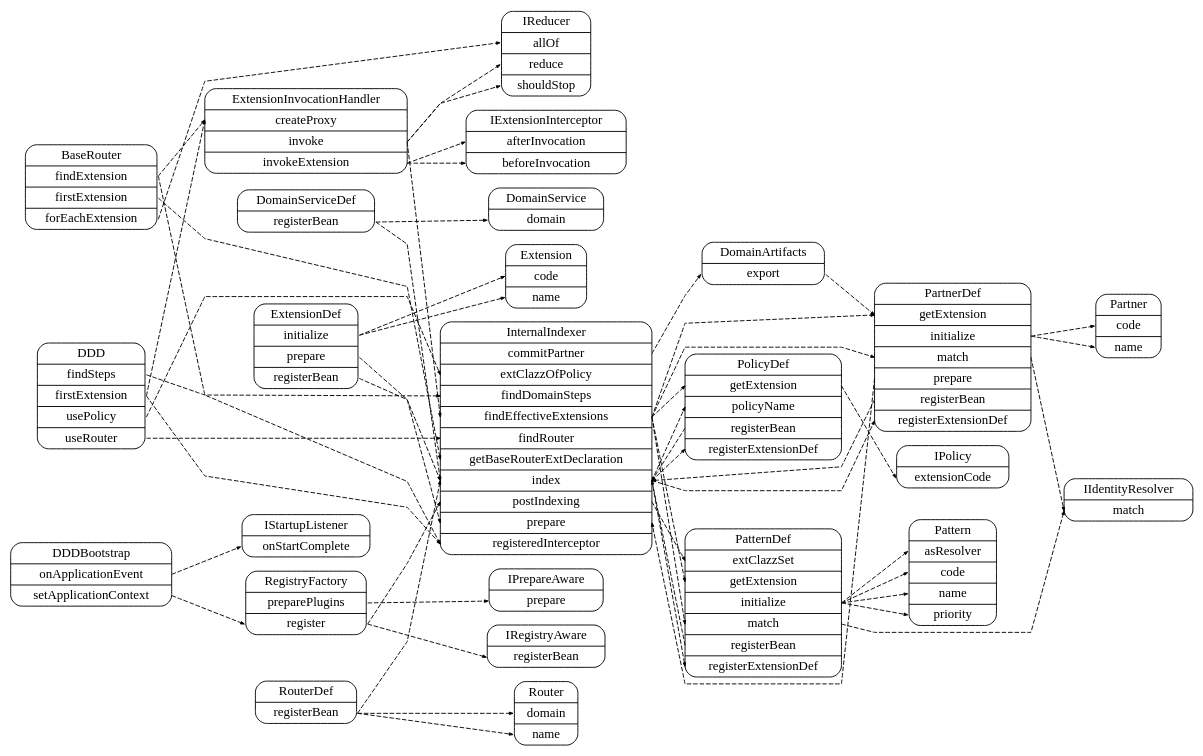
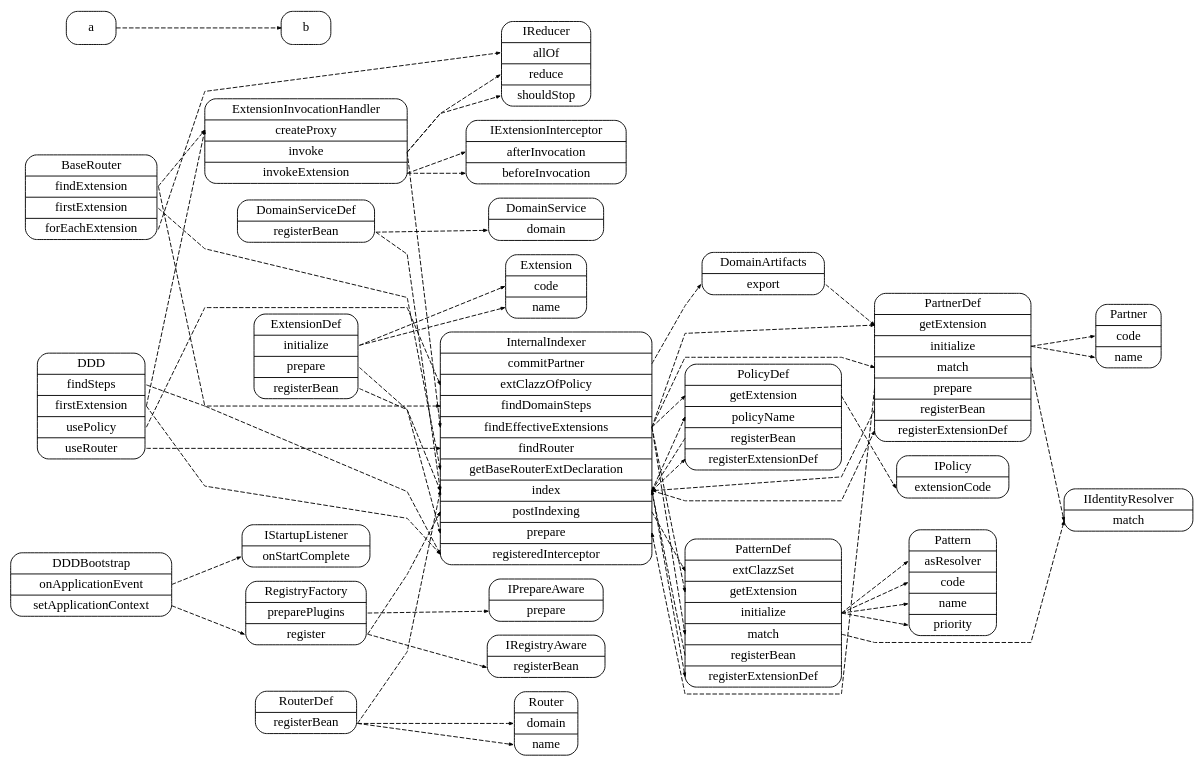
Before and after one commit to funkygao/cp-ddd-framework: the diagram in doc/dddplus-runtime.dot, drawn with Graphviz. The commit also changed 2 other files, not shown here.

```diff
--- a/doc/dddplus-runtime.dot
+++ b/doc/dddplus-runtime.dot
@@ -1,113 +1,89 @@
 digraph G {
    labelloc = "t";
    rankdir=LR;
    splines = polyline;
    node [shape=Mrecord];
    nodesep=0.2;
    edge [style = dashed, arrowsize=0.4, fontsize=6];
 
-   "DomainService" [label="<DomainService> DomainService|<domain> domain"
-];
-   "Extension" [label="<Extension> Extension|<code> code|<name> name"
-];
-   "Partner" [label="<Partner> Partner|<code> code|<name> name"
-];
-   "Pattern" [label="<Pattern> Pattern|<asResolver> asResolver|<code> code|<name> name|<priority> priority"
-];
-   "Router" [label="<Router> Router|<domain> domain|<name> name"
-];
-   "IIdentityResolver" [label="<IIdentityResolver> IIdentityResolver|<match> match"
-];
-   "IPolicy" [label="<IPolicy> IPolicy|<extensionCode> extensionCode"
-];
-   "BaseRouter" [label="<BaseRouter> BaseRouter|<findExtension> findExtension|<firstExtension> firstExtension|<forEachExtension> forEachExtension"
-];
-   "DDD" [label="<DDD> DDD|<findSteps> findSteps|<firstExtension> firstExtension|<usePolicy> usePolicy|<useRouter> useRouter"
-];
-   "ExtensionInvocationHandler" [label="<ExtensionInvocationHandler> ExtensionInvocationHandler|<createProxy> createProxy|<invoke> invoke|<invokeExtension> invokeExtension"
-];
-   "IReducer" [label="<IReducer> IReducer|<allOf> allOf|<reduce> reduce|<shouldStop> shouldStop"
-];
-   "IStartupListener" [label="<IStartupListener> IStartupListener|<onStartComplete> onStartComplete"
-];
-   "IExtensionInterceptor" [label="<IExtensionInterceptor> IExtensionInterceptor|<afterInvocation> afterInvocation|<beforeInvocation> beforeInvocation"
-];
-   "DDDBootstrap" [label="<DDDBootstrap> DDDBootstrap|<onApplicationEvent> onApplicationEvent|<setApplicationContext> setApplicationContext"
-];
-   "DomainArtifacts" [label="<DomainArtifacts> DomainArtifacts|<export> export"
-];
-   "DomainServiceDef" [label="<DomainServiceDef> DomainServiceDef|<registerBean> registerBean"
-];
-   "ExtensionDef" [label="<ExtensionDef> ExtensionDef|<initialize> initialize|<prepare> prepare|<registerBean> registerBean"
-];
-   "IPrepareAware" [label="<IPrepareAware> IPrepareAware|<prepare> prepare"
-];
-   "IRegistryAware" [label="<IRegistryAware> IRegistryAware|<registerBean> registerBean"
-];
-   "InternalIndexer" [label="<InternalIndexer> InternalIndexer|<commitPartner> commitPartner|<extClazzOfPolicy> extClazzOfPolicy|<findDomainSteps> findDomainSteps|<findEffectiveExtensions> findEffectiveExtensions|<findRouter> findRouter|<getBaseRouterExtDeclaration> getBaseRouterExtDeclaration|<index> index|<postIndexing> postIndexing|<prepare> prepare|<registeredInterceptor> registeredInterceptor"
-];
-   "PartnerDef" [label="<PartnerDef> PartnerDef|<getExtension> getExtension|<initialize> initialize|<match> match|<prepare> prepare|<registerBean> registerBean|<registerExtensionDef> registerExtensionDef"
-];
-   "PatternDef" [label="<PatternDef> PatternDef|<extClazzSet> extClazzSet|<getExtension> getExtension|<initialize> initialize|<match> match|<registerBean> registerBean|<registerExtensionDef> registerExtensionDef"
-];
-   "PolicyDef" [label="<PolicyDef> PolicyDef|<getExtension> getExtension|<policyName> policyName|<registerBean> registerBean|<registerExtensionDef> registerExtensionDef"
-];
-   "RegistryFactory" [label="<RegistryFactory> RegistryFactory|<preparePlugins> preparePlugins|<register> register"
-];
-   "RouterDef" [label="<RouterDef> RouterDef|<registerBean> registerBean"
-];
+   "DomainService" [label="<DomainService> DomainService|<domain> domain"];
+   "Extension" [label="<Extension> Extension|<code> code|<name> name"];
+   "Partner" [label="<Partner> Partner|<code> code|<name> name"];
+   "Pattern" [label="<Pattern> Pattern|<asResolver> asResolver|<code> code|<name> name|<priority> priority"];
+   "Router" [label="<Router> Router|<domain> domain|<name> name"];
+   "IIdentityResolver" [label="<IIdentityResolver> IIdentityResolver|<match> match"];
+   "IPolicy" [label="<IPolicy> IPolicy|<extensionCode> extensionCode"];
+   "BaseRouter" [label="<BaseRouter> BaseRouter|<findExtension> findExtension|<firstExtension> firstExtension|<forEachExtension> forEachExtension"];
+   "DDD" [label="<DDD> DDD|<findSteps> findSteps|<firstExtension> firstExtension|<usePolicy> usePolicy|<useRouter> useRouter"];
+   "ExtensionInvocationHandler" [label="<ExtensionInvocationHandler> ExtensionInvocationHandler|<createProxy> createProxy|<invoke> invoke|<invokeExtension> invokeExtension"];
+   "IReducer" [label="<IReducer> IReducer|<allOf> allOf|<reduce> reduce|<shouldStop> shouldStop"];
+   "IStartupListener" [label="<IStartupListener> IStartupListener|<onStartComplete> onStartComplete"];
+   "IExtensionInterceptor" [label="<IExtensionInterceptor> IExtensionInterceptor|<afterInvocation> afterInvocation|<beforeInvocation> beforeInvocation"];
+   "DDDBootstrap" [label="<DDDBootstrap> DDDBootstrap|<onApplicationEvent> onApplicationEvent|<setApplicationContext> setApplicationContext"];
+   "DomainArtifacts" [label="<DomainArtifacts> DomainArtifacts|<export> export"];
+   "DomainServiceDef" [label="<DomainServiceDef> DomainServiceDef|<registerBean> registerBean"];
+   "ExtensionDef" [label="<ExtensionDef> ExtensionDef|<initialize> initialize|<prepare> prepare|<registerBean> registerBean"];
+   "IPrepareAware" [label="<IPrepareAware> IPrepareAware|<prepare> prepare"];
+   "IRegistryAware" [label="<IRegistryAware> IRegistryAware|<registerBean> registerBean"];
+   "InternalIndexer" [label="<InternalIndexer> InternalIndexer|<commitPartner> commitPartner|<extClazzOfPolicy> extClazzOfPolicy|<findDomainSteps> findDomainSteps|<findEffectiveExtensions> findEffectiveExtensions|<findRouter> findRouter|<getBaseRouterExtDeclaration> getBaseRouterExtDeclaration|<index> index|<postIndexing> postIndexing|<prepare> prepare|<registeredInterceptor> registeredInterceptor"];
+   "PartnerDef" [label="<PartnerDef> PartnerDef|<getExtension> getExtension|<initialize> initialize|<match> match|<prepare> prepare|<registerBean> registerBean|<registerExtensionDef> registerExtensionDef"];
+   "PatternDef" [label="<PatternDef> PatternDef|<extClazzSet> extClazzSet|<getExtension> getExtension|<initialize> initialize|<match> match|<registerBean> registerBean|<registerExtensionDef> registerExtensionDef"];
+   "PolicyDef" [label="<PolicyDef> PolicyDef|<getExtension> getExtension|<policyName> policyName|<registerBean> registerBean|<registerExtensionDef> registerExtensionDef"];
+   "RegistryFactory" [label="<RegistryFactory> RegistryFactory|<preparePlugins> preparePlugins|<register> register"];
+   "RouterDef" [label="<RouterDef> RouterDef|<registerBean> registerBean"];
 
    BaseRouter:findExtension -> InternalIndexer:registeredInterceptor
    BaseRouter:findExtension -> ExtensionInvocationHandler:createProxy
    BaseRouter:firstExtension -> InternalIndexer:getBaseRouterExtDeclaration
    BaseRouter:forEachExtension -> IReducer:allOf
    DDD:findSteps -> InternalIndexer:findDomainSteps
    DDD:firstExtension -> InternalIndexer:registeredInterceptor
    DDD:firstExtension -> ExtensionInvocationHandler:createProxy
    DDD:usePolicy -> InternalIndexer:extClazzOfPolicy
    DDD:useRouter -> InternalIndexer:findRouter
    ExtensionInvocationHandler:invoke -> InternalIndexer:findEffectiveExtensions
    ExtensionInvocationHandler:invoke -> IReducer:shouldStop
    ExtensionInvocationHandler:invoke -> IReducer:reduce
    ExtensionInvocationHandler:invokeExtension -> IExtensionInterceptor:beforeInvocation
    ExtensionInvocationHandler:invokeExtension -> IExtensionInterceptor:afterInvocation
    DDDBootstrap:onApplicationEvent -> IStartupListener:onStartComplete
    DDDBootstrap:setApplicationContext -> RegistryFactory:register
    DomainArtifacts:export -> PartnerDef:getExtension
    DomainServiceDef:registerBean -> DomainService:domain
    DomainServiceDef:registerBean -> InternalIndexer:index
    ExtensionDef:initialize -> Extension:code
    ExtensionDef:initialize -> Extension:name
    ExtensionDef:prepare -> InternalIndexer:prepare
    ExtensionDef:registerBean -> InternalIndexer:index
    InternalIndexer:commitPartner -> DomainArtifacts:export
    InternalIndexer:findEffectiveExtensions -> PolicyDef:getExtension
    InternalIndexer:findEffectiveExtensions -> PatternDef:match
    InternalIndexer:findEffectiveExtensions -> PatternDef:getExtension
    InternalIndexer:findEffectiveExtensions -> PartnerDef:getExtension
    InternalIndexer:findEffectiveExtensions -> PartnerDef:match
    InternalIndexer:index -> PolicyDef:registerExtensionDef
    InternalIndexer:index -> PatternDef:registerExtensionDef
    InternalIndexer:index -> PartnerDef:registerExtensionDef
    InternalIndexer:index -> PolicyDef:policyName
    InternalIndexer:postIndexing -> PatternDef:extClazzSet
    PartnerDef:initialize -> Partner:code
    PartnerDef:initialize -> Partner:name
    PartnerDef:match -> IIdentityResolver:match
    PartnerDef:prepare -> InternalIndexer:prepare
    PartnerDef:registerBean -> InternalIndexer:index
    PatternDef:initialize -> Pattern:code
    PatternDef:initialize -> Pattern:name
    PatternDef:initialize -> Pattern:priority
    PatternDef:initialize -> Pattern:asResolver
    PatternDef:match -> IIdentityResolver:match
    PatternDef:registerBean -> InternalIndexer:index
    PolicyDef:getExtension -> IPolicy:extensionCode
    PolicyDef:registerBean -> InternalIndexer:index
    RegistryFactory:preparePlugins -> IPrepareAware:prepare
    RegistryFactory:register -> IRegistryAware:registerBean
    RegistryFactory:register -> InternalIndexer:postIndexing
    RouterDef:registerBean -> Router:domain
    RouterDef:registerBean -> Router:name
    RouterDef:registerBean -> InternalIndexer:index
+   a -> b
 }
```
